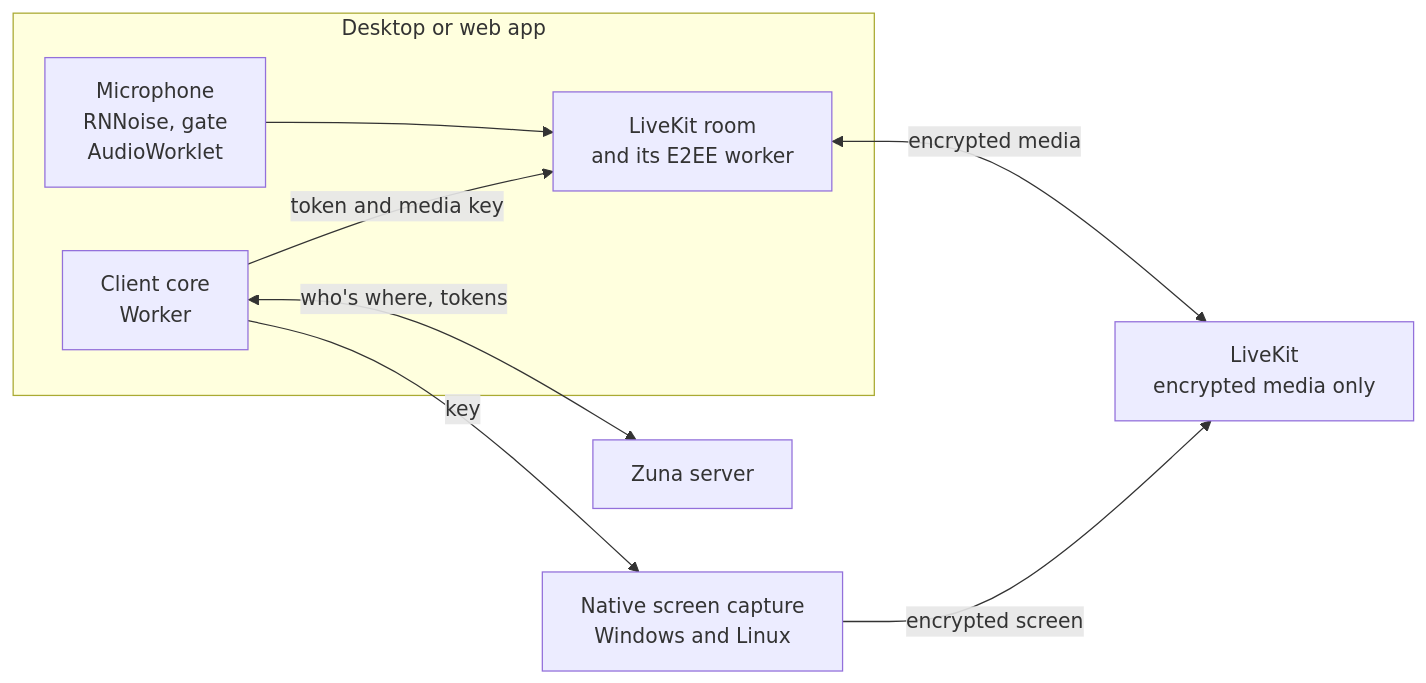
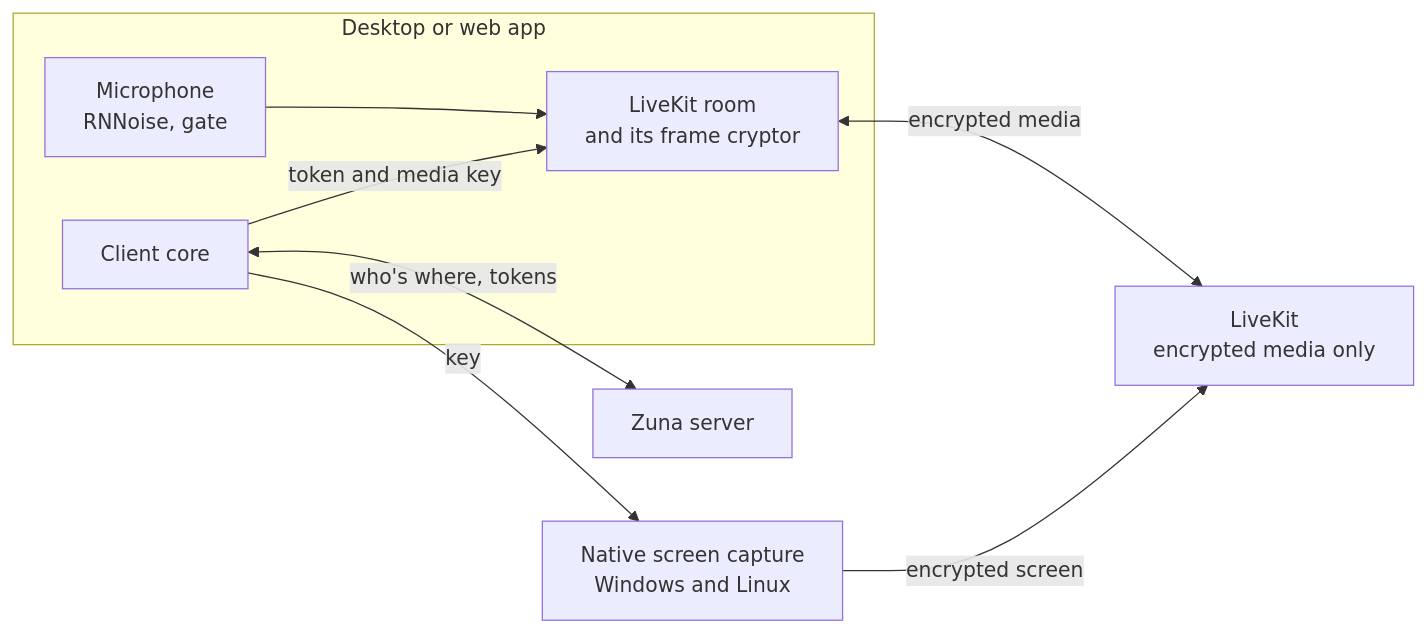
Before and after one commit to zuna-app/zuna: the second of 2 diagrams in docs/ARCHITECTURE.md, drawn with Mermaid. The commit also changed other lines of this file and 103 other files, not shown here.

````diff
--- a/docs/ARCHITECTURE.md
+++ b/docs/ARCHITECTURE.md
@@ -66,17 +66,17 @@
 ```mermaid
 flowchart LR
   subgraph App["Desktop or web app"]
-    Core["Client core<br/>Worker"]
-    Room["LiveKit room<br/>and its E2EE worker"]
-    Mic["Microphone<br/>RNNoise, gate<br/>AudioWorklet"]
+    Core["Client core"]
+    Room["LiveKit room<br/>and its frame cryptor"]
+    Mic["Microphone<br/>RNNoise, gate"]
     Mic --> Room
     Core -->|"token and media key"| Room
   end
   Native["Native screen capture<br/>Windows and Linux"]
   Zuna["Zuna server"]
   LiveKit["LiveKit<br/>encrypted media only"]
   Core <-->|"who's where, tokens"| Zuna
   Room <-->|"encrypted media"| LiveKit
   Native -->|"encrypted screen"| LiveKit
   Core -->|"key"| Native
 ```
````
